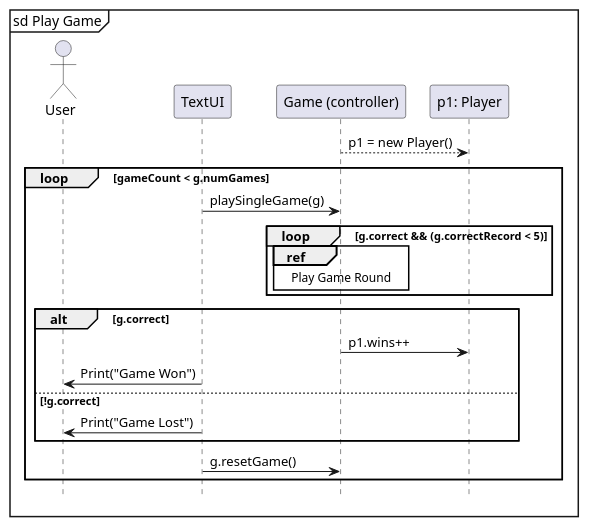
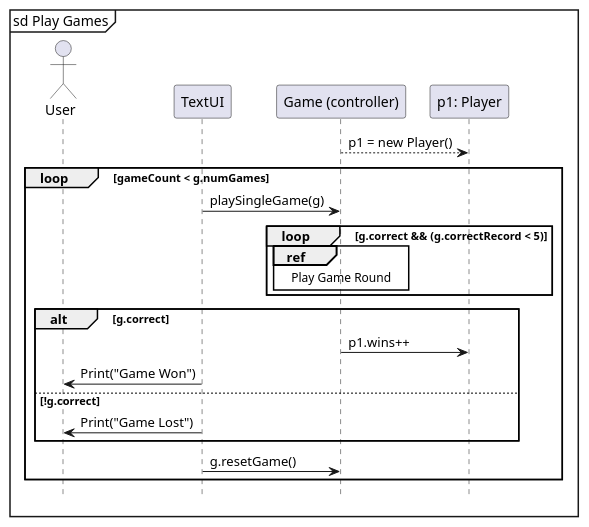
One commit to aczar09/Trivia-Game-Android changed the third of 4 diagrams in doc/design.md. Above: the diagram before and after it, drawn with PlantUML. The commit also changed other lines of this file, not shown here.

````diff
--- a/doc/design.md
+++ b/doc/design.md
@@ -75,26 +75,26 @@
 ```plantuml
 @startuml
 hide footbox
-mainframe sd Play Game
+mainframe sd Play Games
 actor "User" as us 
 participant "TextUI" as tui 
 participant "Game (controller)" as clr 
 participant "p1: Player" as p1
 clr --> p1: p1 = new Player()
 loop gameCount < g.numGames
 tui -> clr: playSingleGame(g)
 loop g.correct && (g.correctRecord < 5)
 ref over clr
 Play Game Round
 end
 end
 alt g.correct
 clr -> p1: p1.wins++
 tui -> us: Print("Game Won")
 else !g.correct
 tui -> us: Print("Game Lost")
 end
 tui -> clr: g.resetGame()
 end
 
 ```
````
